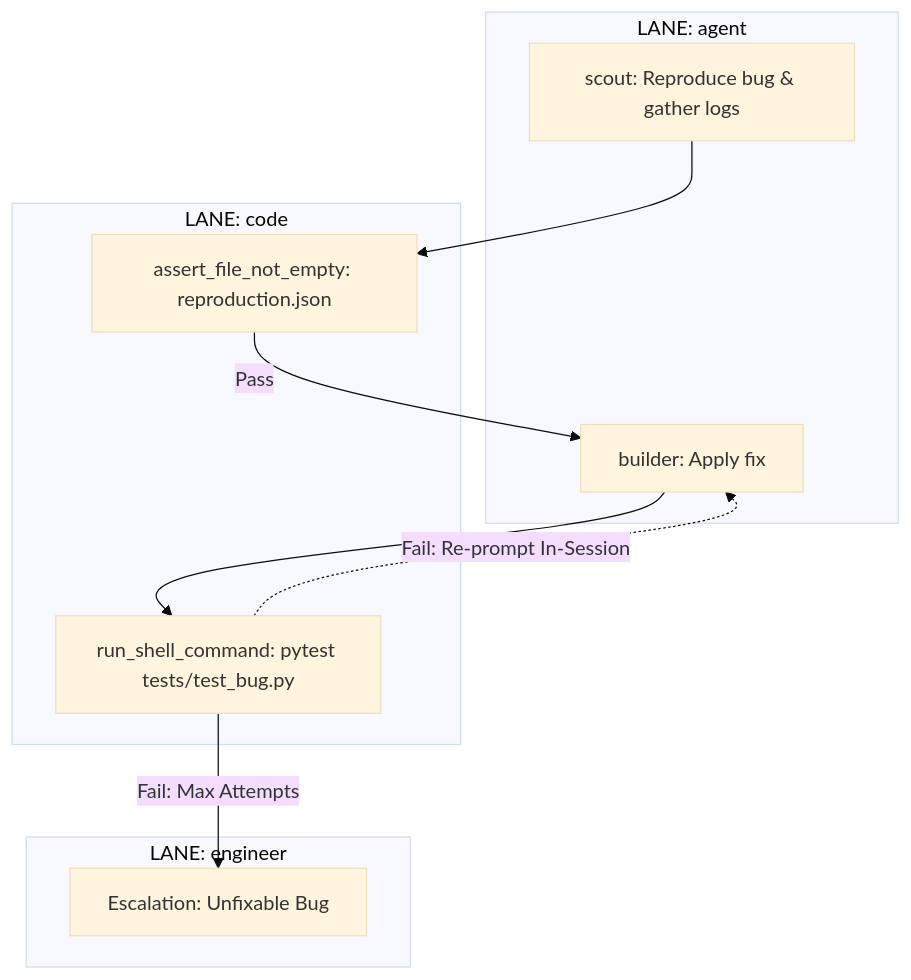
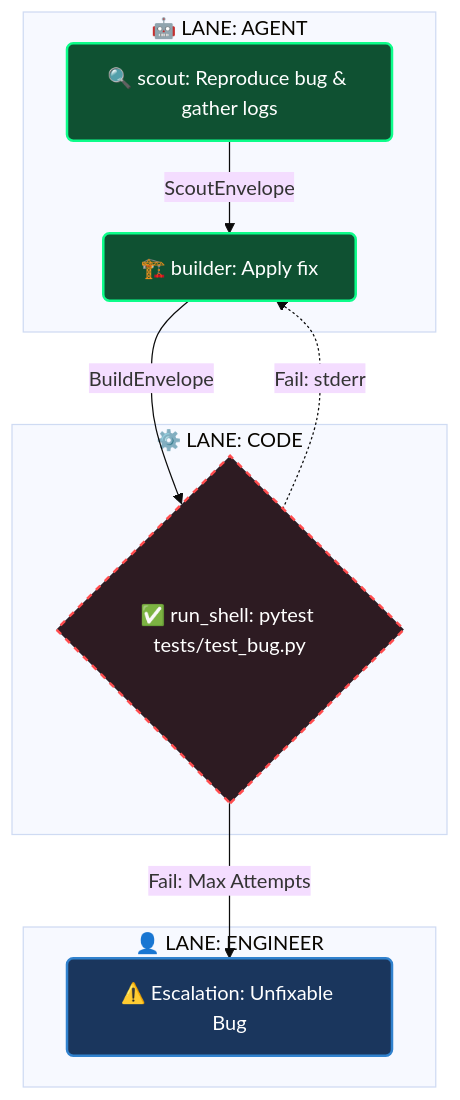
Before and after one commit to saulfernandez-me/agno-self-contain-software-factor: the diagram in templates/apf_scaffold/workflows/bug_fix/graph.mermaid, drawn with Mermaid (base theme). The commit also changed 14 other files, not shown here.

Commit message:
refactor: upgrade all workflow diagrams to the APF Mermaid v2.0 visual standard

```diff
--- a/templates/apf_scaffold/workflows/bug_fix/graph.mermaid
+++ b/templates/apf_scaffold/workflows/bug_fix/graph.mermaid
@@ -1,25 +1,24 @@
 graph TD
-    %% Bug Fix Loop: Reproduce -> Fix -> Test
+    %% APF Color Palette
+    classDef agent fill:#0f5132,stroke:#0dfd8a,stroke-width:2px,color:#fff,rx:5px,ry:5px
+    classDef code fill:#2d1b22,stroke:#ff4d4f,stroke-width:2px,color:#fff,stroke-dasharray:5 5,rx:3px,ry:3px
+    classDef human fill:#1a365d,stroke:#3182ce,stroke-width:2px,color:#fff,rx:5px,ry:5px
 
-    subgraph "LANE: agent"
-        SCOUT["scout: Reproduce bug & gather logs"]:::agent
-        BUILD["builder: Apply fix"]:::agent
+    subgraph "🤖 LANE: AGENT"
+        SCOUT["🔍 scout: Reproduce bug & gather logs"]:::agent
+        BUILD["🏗️ builder: Apply fix"]:::agent
     end
 
-    subgraph "LANE: code"
-        GATE_REPRO["assert_file_not_empty: reproduction.json"]:::code
-        GATE_TEST["run_shell_command: pytest tests/test_bug.py"]:::code
+    subgraph "⚙️ LANE: CODE"
+        TEST{"✅ run_shell: pytest tests/test_bug.py"}:::code
     end
 
-    subgraph "LANE: engineer"
-        HITL["Escalation: Unfixable Bug"]:::human
+    subgraph "👤 LANE: ENGINEER"
+        HITL["⚠️ Escalation: Unfixable Bug"]:::human
     end
 
-    %% Execution Flow
-    SCOUT --> GATE_REPRO
-    GATE_REPRO -->|Pass| BUILD
-    BUILD --> GATE_TEST
+    SCOUT -->|ScoutEnvelope| BUILD
+    BUILD -->|BuildEnvelope| TEST
     
-    %% Correction Loop
-    GATE_TEST -.->|Fail: Re-prompt In-Session| BUILD
-    GATE_TEST -->|Fail: Max Attempts| HITL
+    TEST -.->|Fail: stderr| BUILD
+    TEST -->|Fail: Max Attempts| HITL
```
